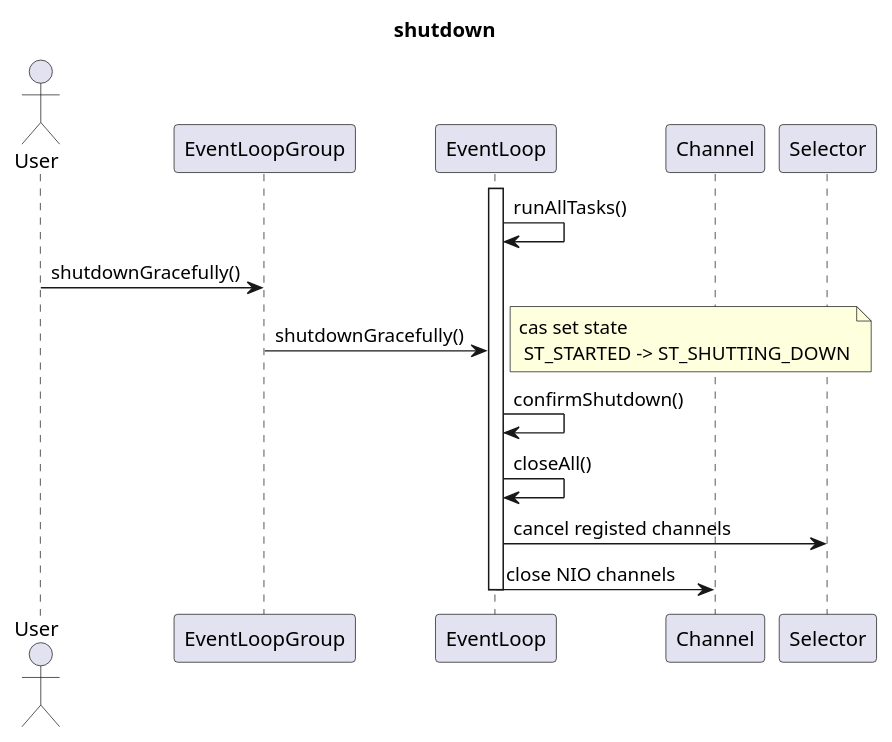
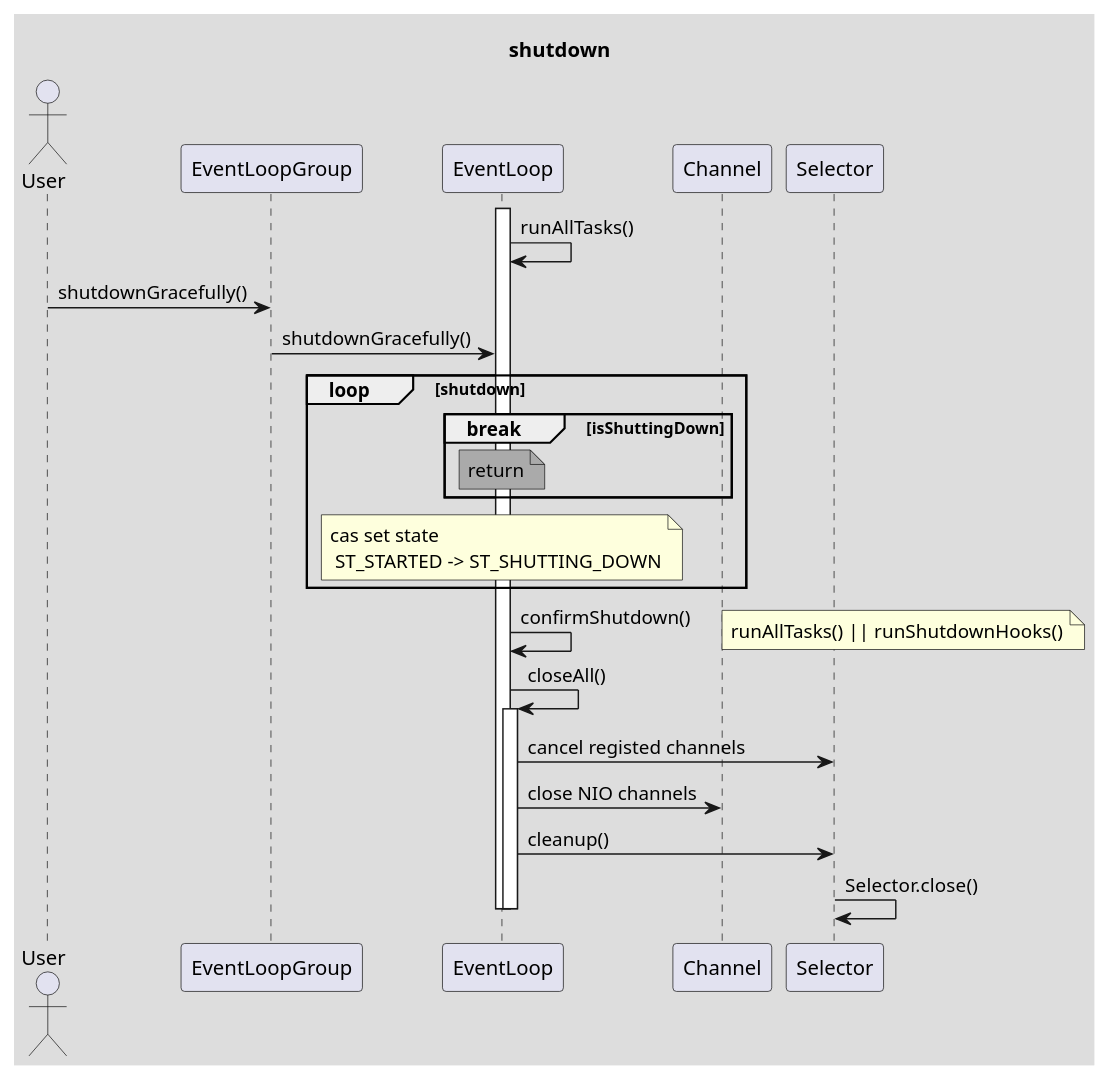
Before and after one commit to Robinpig/Note: the fifth of 5 diagrams in docs/CS/Java/Netty/Netty.md, drawn with PlantUML. The commit also changed other lines of this file and 7 other files, not shown here.

````diff
--- a/docs/CS/Java/Netty/Netty.md
+++ b/docs/CS/Java/Netty/Netty.md
@@ -214,18 +256,31 @@
 ```plantuml
+skinparam backgroundColor #DDDDDD
+
 title: shutdown
 actor User
 participant EventLoopGroup as eg
 participant EventLoop as el
 activate el
 el -> el: runAllTasks()
 User -> eg: shutdownGracefully()
 eg -> el: shutdownGracefully()
-note right: cas set state \n ST_STARTED -> ST_SHUTTING_DOWN
+loop shutdown
+
+    break isShuttingDown
+        note over el #AAAAAA: return
+    end
+    note over el: cas set state \n ST_STARTED -> ST_SHUTTING_DOWN
+end
 el -> el: confirmShutdown()
+note right: runAllTasks() || runShutdownHooks()
 el -> el: closeAll()
+activate el
 participant Channel as ch
 participant Selector as se
 el -> se: cancel registed channels
 el -> ch: close NIO channels
+el -> se: cleanup()
+se -> se: Selector.close()
+deactivate el
 deactivate el
 ```
````
